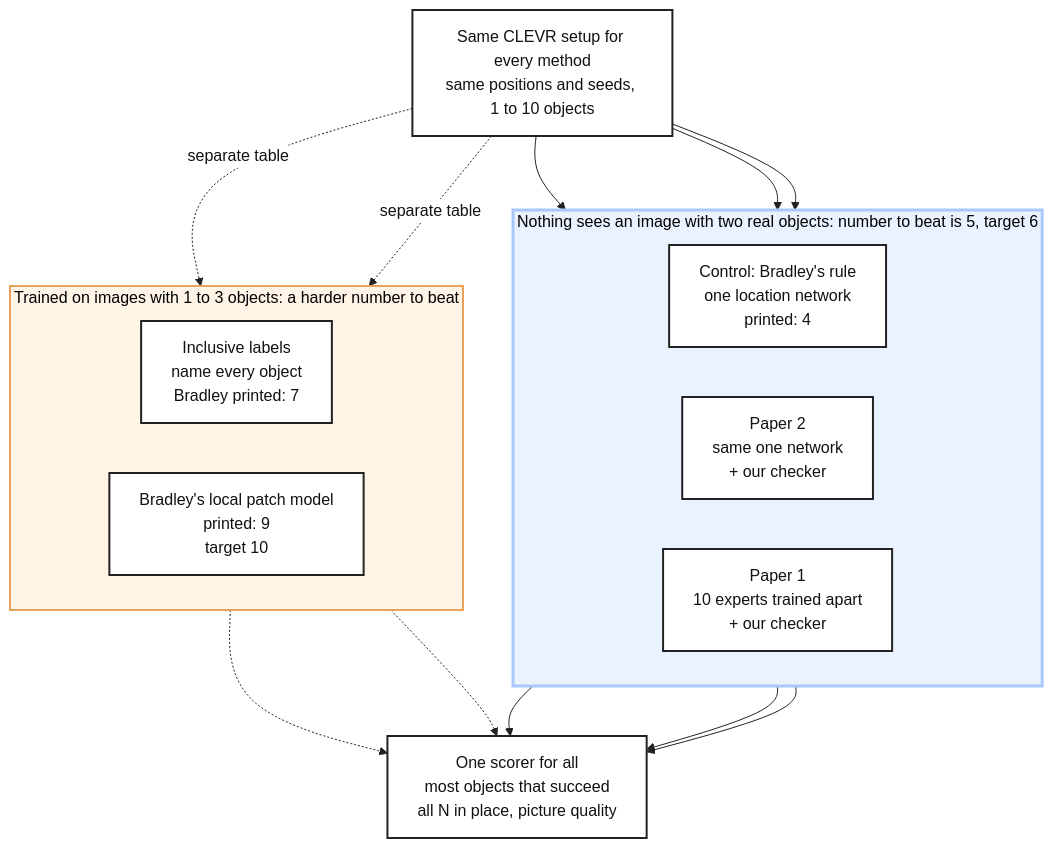
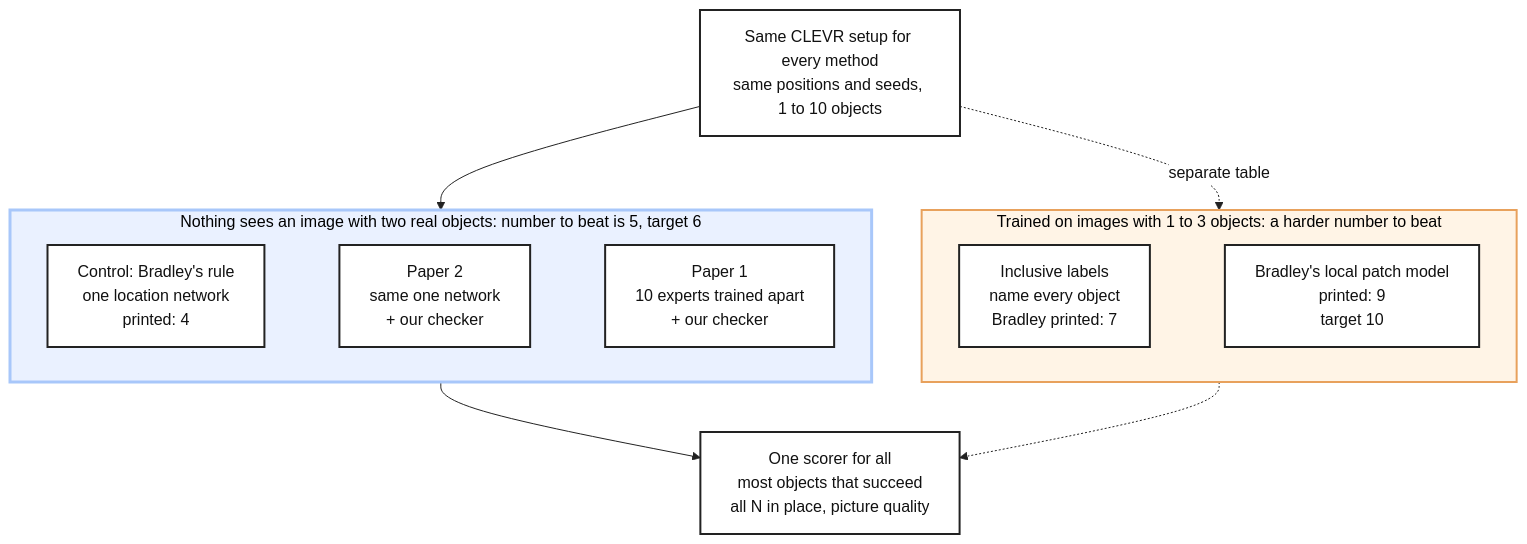
The diagram in artifacts/notes/progress/targets/one-clevr-experiment-for-both-papers.mmd (mo-rsa24/concept-composition), drawn with Mermaid before and after one commit. The commit also changed 1 other file, not shown here.

```diff
--- a/artifacts/notes/progress/targets/one-clevr-experiment-for-both-papers.mmd
+++ b/artifacts/notes/progress/targets/one-clevr-experiment-for-both-papers.mmd
@@ -1,30 +1,26 @@
 %%{init: {'theme': 'base', 'themeVariables': {'fontFamily': 'monospace', 'primaryColor': '#ffffff', 'primaryBorderColor': '#222222', 'primaryTextColor': '#111111', 'lineColor': '#222222'}}}%%
 flowchart TD
     D["Same CLEVR setup for every method<br/>same positions and seeds, 1 to 10 objects"]
     subgraph ONE["Nothing sees an image with two real objects: number to beat is 5, target 6"]
         direction LR
         B["Control: Bradley's rule<br/>one location network<br/>printed: 4"]
         P2["Paper 2<br/>same one network<br/>+ our checker"]
         P1["Paper 1<br/>10 experts trained apart<br/>+ our checker"]
     end
     subgraph MANY["Trained on images with 1 to 3 objects: a harder number to beat"]
         direction LR
         I["Inclusive labels<br/>name every object<br/>Bradley printed: 7"]
         L["Bradley's local patch model<br/>printed: 9<br/>target 10"]
     end
     S["One scorer for all<br/>most objects that succeed<br/>all N in place, picture quality"]
-    D --> B
-    D --> P2
-    D --> P1
-    D -. "separate table" .-> I
-    D -. "separate table" .-> L
-    B --> S
-    P2 --> S
-    P1 --> S
-    I -.-> S
-    L -.-> S
+    B ~~~ P2 ~~~ P1
+    I ~~~ L
+    D --> ONE
+    ONE --> S
+    D -. "separate table" .-> MANY
+    MANY -.-> S
 
     classDef plain fill:#ffffff,stroke:#222222,stroke-width:2px,color:#111111
     class D,B,P2,P1,I,L,S plain
     style ONE fill:#eaf1ff,stroke:#a8c7fa,stroke-width:3px
     style MANY fill:#fff4e6,stroke:#e8a15c,stroke-width:2px
```
